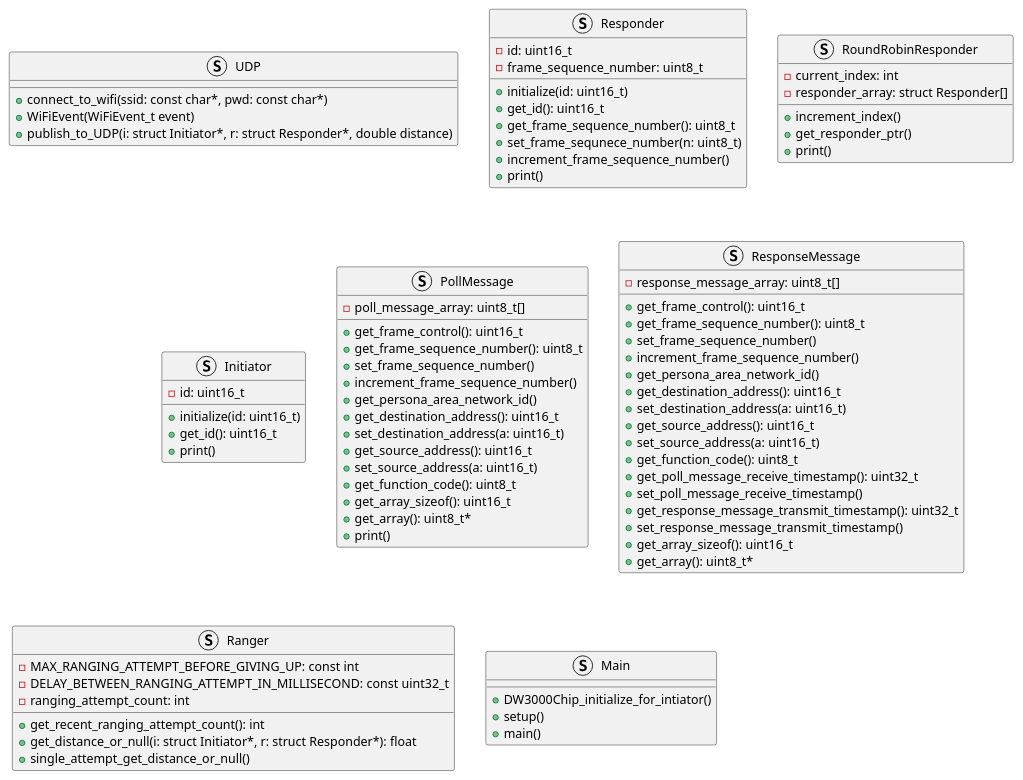
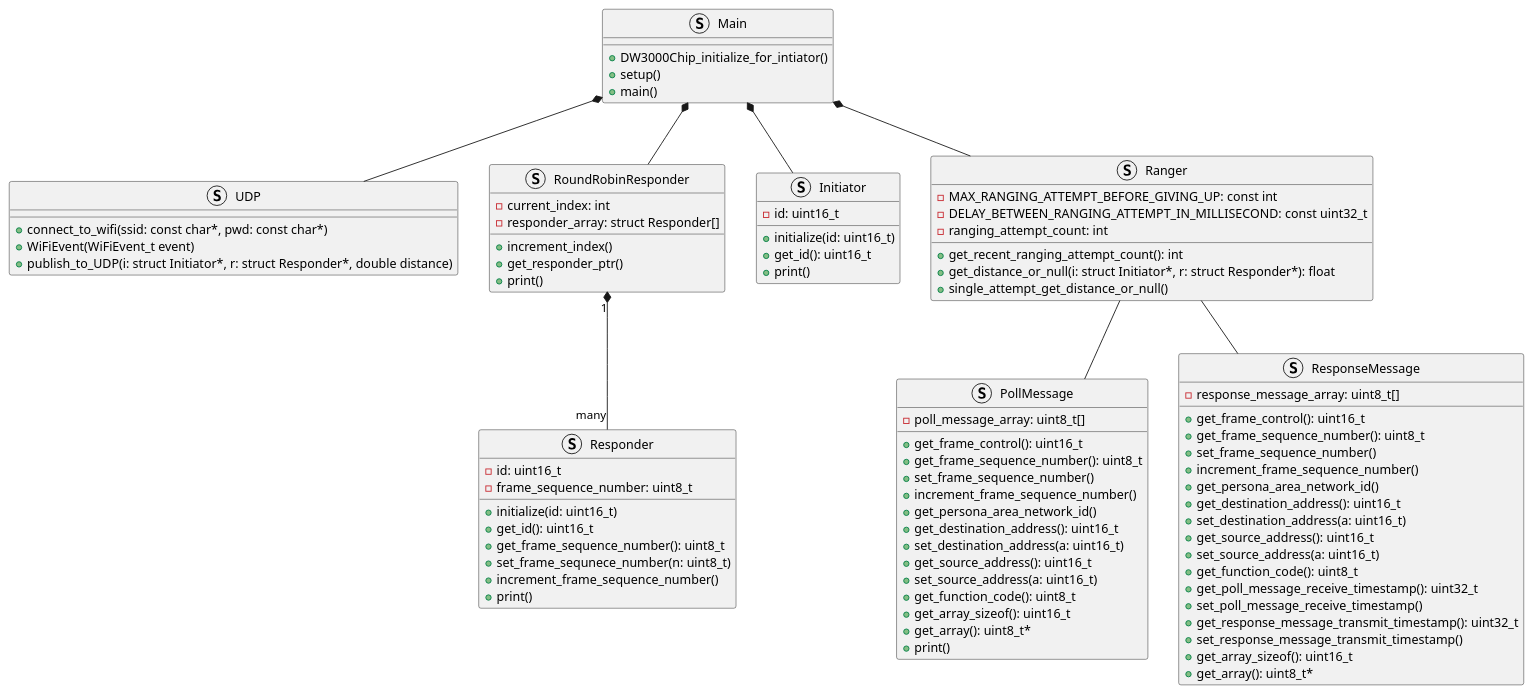
One commit to Chatchai222/sensor_positioner changed the diagram in dw3000_interface/chatchai_version/uwb_initiator.plantuml. Above: the diagram before and after it, drawn with PlantUML. The commit also changed 1 other file, not shown here.

Commit message:
Updated uwb initiator and responder uml

```diff
--- a/dw3000_interface/chatchai_version/uwb_initiator.plantuml
+++ b/dw3000_interface/chatchai_version/uwb_initiator.plantuml
@@ -1,95 +1,106 @@
 @startuml
 
 struct UDP {
     + connect_to_wifi(ssid: const char*, pwd: const char*)
     + WiFiEvent(WiFiEvent_t event)
     + publish_to_UDP(i: struct Initiator*, r: struct Responder*, double distance)
 }
 
 struct Responder {
     - id: uint16_t
     - frame_sequence_number: uint8_t
     
     + initialize(id: uint16_t)
     + get_id(): uint16_t
     + get_frame_sequence_number(): uint8_t
     + set_frame_sequnece_number(n: uint8_t)
     + increment_frame_sequence_number()
     + print()
 }
 
 struct RoundRobinResponder {
     - current_index: int
     - responder_array: struct Responder[]
 
     + increment_index()
     + get_responder_ptr()
     + print()
 }
 
 struct Initiator {
     - id: uint16_t
 
     + initialize(id: uint16_t)
     + get_id(): uint16_t
     + print()
 }
 
 struct PollMessage {
     - poll_message_array: uint8_t[]
 
     + get_frame_control(): uint16_t
     + get_frame_sequence_number(): uint8_t
     + set_frame_sequence_number()
     + increment_frame_sequence_number()
     + get_persona_area_network_id()
     + get_destination_address(): uint16_t
     + set_destination_address(a: uint16_t)
     + get_source_address(): uint16_t
     + set_source_address(a: uint16_t)
     + get_function_code(): uint8_t
     + get_array_sizeof(): uint16_t
     + get_array(): uint8_t*
     + print()
 }
 
 struct ResponseMessage {
     - response_message_array: uint8_t[]
     + get_frame_control(): uint16_t
     + get_frame_sequence_number(): uint8_t
     + set_frame_sequence_number()
     + increment_frame_sequence_number()
     + get_persona_area_network_id()
     + get_destination_address(): uint16_t
     + set_destination_address(a: uint16_t)
     + get_source_address(): uint16_t
     + set_source_address(a: uint16_t)
     + get_function_code(): uint8_t
     + get_poll_message_receive_timestamp(): uint32_t
     + set_poll_message_receive_timestamp()
     + get_response_message_transmit_timestamp(): uint32_t
     + set_response_message_transmit_timestamp()
     + get_array_sizeof(): uint16_t
     + get_array(): uint8_t*
 }
 
 struct Ranger {
     - MAX_RANGING_ATTEMPT_BEFORE_GIVING_UP: const int
     - DELAY_BETWEEN_RANGING_ATTEMPT_IN_MILLISECOND: const uint32_t
     - ranging_attempt_count: int
 
     + get_recent_ranging_attempt_count(): int
     + get_distance_or_null(i: struct Initiator*, r: struct Responder*): float
     + single_attempt_get_distance_or_null()
 }
 
 struct Main {
     
     + DW3000Chip_initialize_for_intiator()
     + setup()
     + main()
 }
 
+Ranger -- PollMessage
+Ranger -- ResponseMessage
+
+RoundRobinResponder "1" *-- "many" Responder
+
+Main *-- RoundRobinResponder
+Main *-- Ranger
+Main *-- UDP
+Main *-- Initiator
+
+
 
 
 @enduml
```
